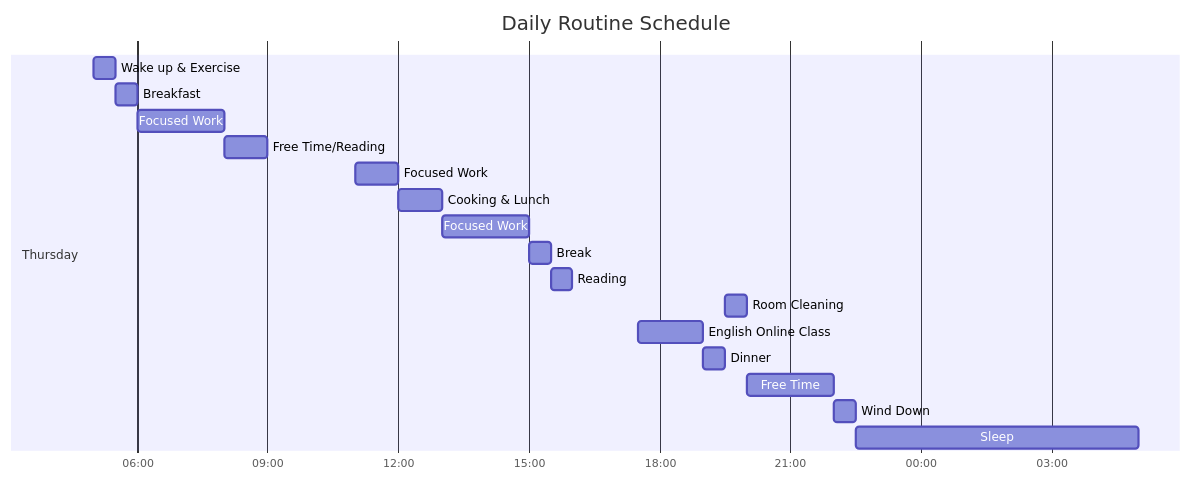
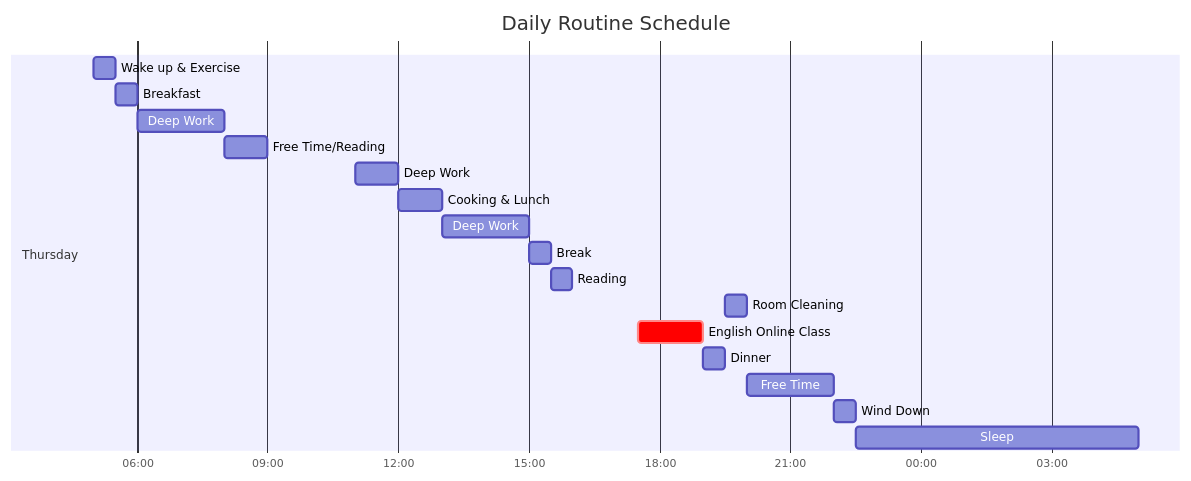
The fourth of 7 diagrams in balance/README.md (S-ROLL/notebook.maths), drawn with Mermaid before and after one commit. The commit also changed other lines of this file, not shown here.

````diff
--- a/balance/README.md
+++ b/balance/README.md
@@ -75,23 +75,23 @@
 ```mermaid
 gantt
     title Daily Routine Schedule
     dateFormat  HH:mm
     axisFormat  %H:%M
     
     section Thursday
     Wake up & Exercise       :05:00, 0.5h
     Breakfast                :05:30, 0.5h
-    Focused Work             :06:00, 2h
+    Deep Work             :06:00, 2h
     Free Time/Reading        :08:00, 1h
-    Focused Work             :11:00, 1h
+    Deep Work             :11:00, 1h
     Cooking & Lunch          :12:00, 1h
-    Focused Work             :13:00, 2h
+    Deep Work             :13:00, 2h
     Break                    :15:00, 0.5h
     Reading                  :15:30, 0.5h
     Room Cleaning            :19:30, 0.5h
-    English Online Class     :17:30, 1.5h
+    English Online Class     : crit, 17:30, 1.5h
     Dinner                   :19:00, 0.5h
     Free Time                :20:00, 2h
     Wind Down                :22:00, 0.5h
     Sleep                    :22:30, 6.5h
 ```
````
